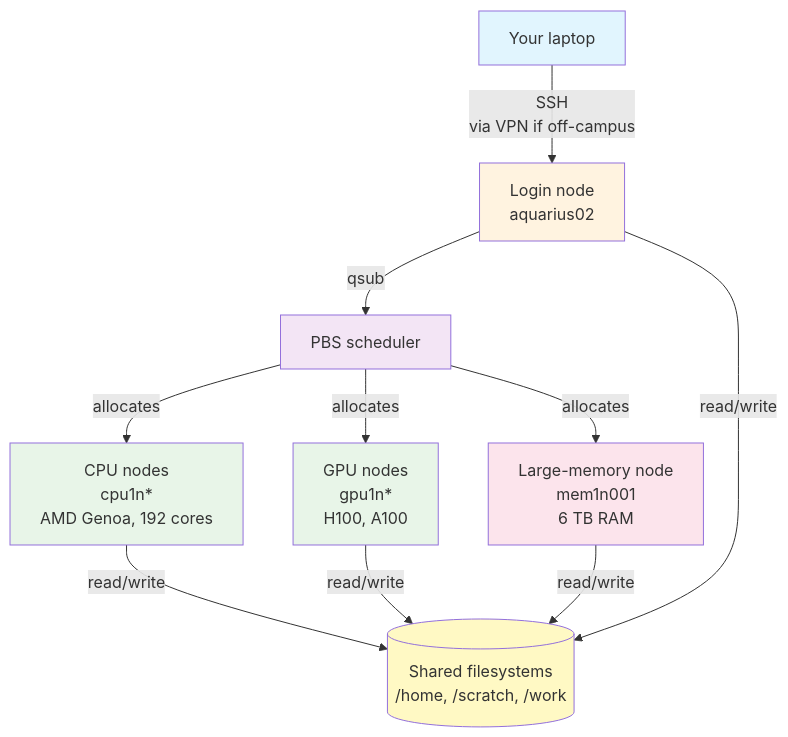
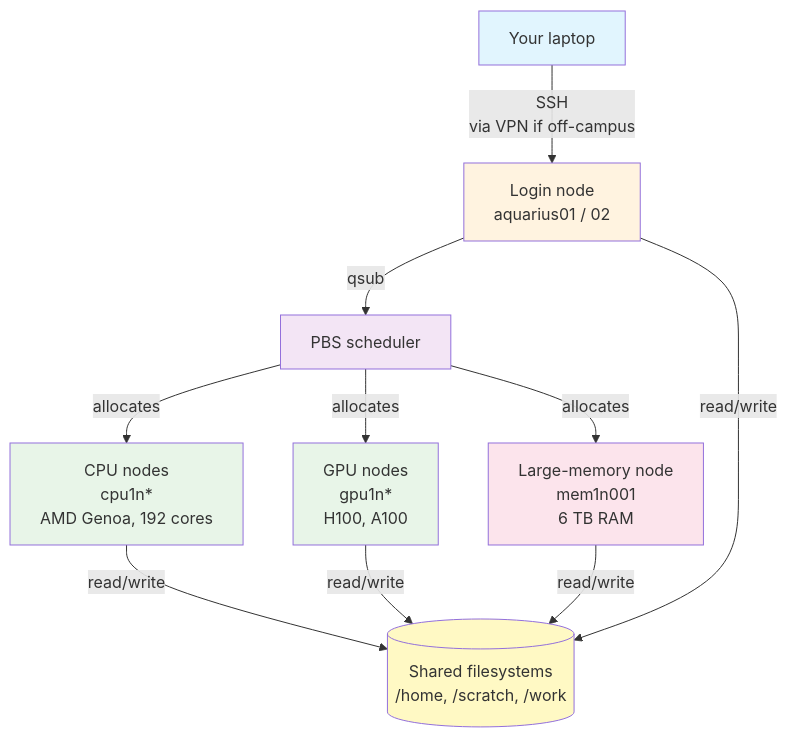
Before and after one commit to ZhipengHe/Walltime-Chronicles: the diagram in docs/tutorials/lesson-1.md, drawn with Mermaid. The commit also changed other lines of this file and 12 other files, not shown here.

````diff
--- a/docs/tutorials/lesson-1.md
+++ b/docs/tutorials/lesson-1.md
@@ -29,21 +29,21 @@
 ```mermaid
 graph TD
-    You[Your laptop] -->|SSH<br/>via VPN if off-campus| Login[Login node<br/>aquarius02]
+    You[Your laptop] -->|SSH<br/>via VPN if off-campus| Login[Login node<br/>aquarius01 / 02]
     Login -->|qsub| PBS[PBS scheduler]
     PBS -->|allocates| CPU[CPU nodes<br/>cpu1n*<br/>AMD Genoa, 192 cores]
     PBS -->|allocates| GPU[GPU nodes<br/>gpu1n*<br/>H100, A100]
     PBS -->|allocates| Mem[Large-memory node<br/>mem1n001<br/>6 TB RAM]
 
     CPU -->|read/write| FS[(Shared filesystems<br/>/home, /scratch, /work)]
     GPU -->|read/write| FS
     Mem -->|read/write| FS
     Login -->|read/write| FS
 
     style You fill:#e1f5fe
     style Login fill:#fff3e0
     style PBS fill:#f3e5f5
     style CPU fill:#e8f5e8
     style GPU fill:#e8f5e8
     style Mem fill:#fce4ec
     style FS fill:#fff9c4
 ```
````
